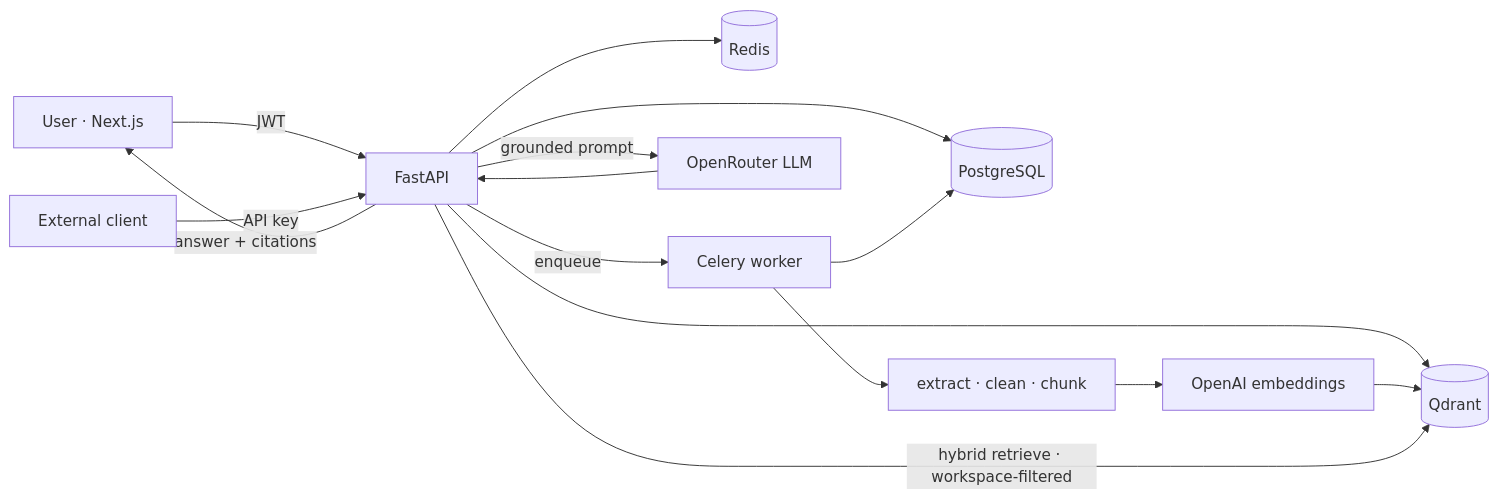
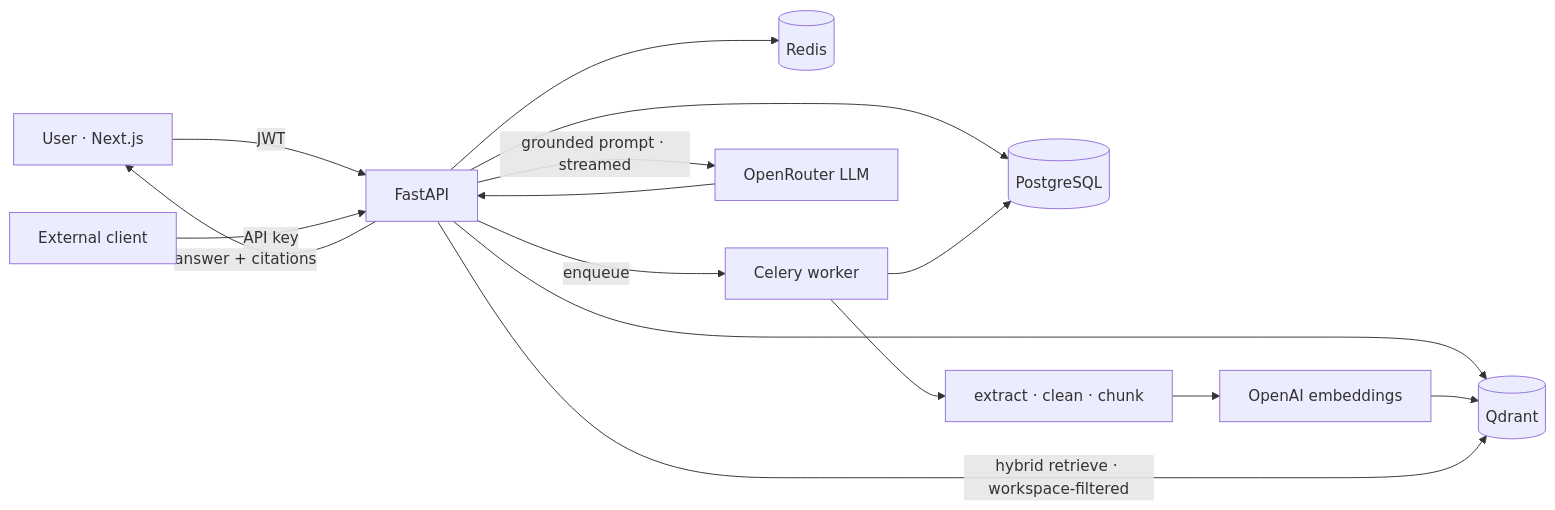
Before and after one commit to sanmaxdev/doc-007-ai: the diagram in README.md, drawn with Mermaid. The commit also changed other lines of this file and 10 other files, not shown here.

````diff
--- a/README.md
+++ b/README.md
@@ -44,17 +45,17 @@
 ```mermaid
 flowchart LR
   U[User · Next.js] -->|JWT| API[FastAPI]
   EXT[External client] -->|API key| API
   API --> PG[(PostgreSQL)]
   API --> RDS[(Redis)]
   API --> Q[(Qdrant)]
   API -->|enqueue| W[Celery worker]
   W --> EX[extract · clean · chunk]
   EX --> EMB[OpenAI embeddings]
   EMB --> Q
   W --> PG
   API -->|hybrid retrieve · workspace-filtered| Q
-  API -->|grounded prompt| LLM[OpenRouter LLM]
+  API -->|grounded prompt · streamed| LLM[OpenRouter LLM]
   LLM --> API
   API -->|answer + citations| U
 ```
````
